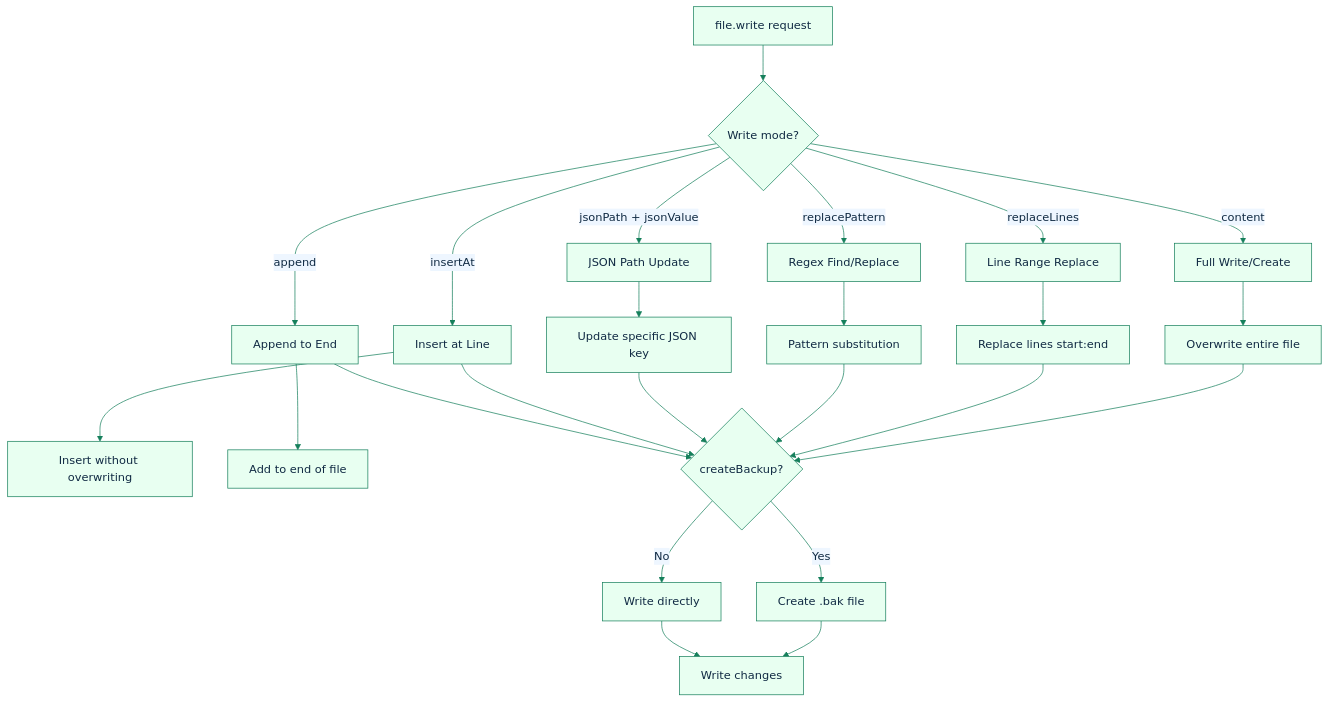
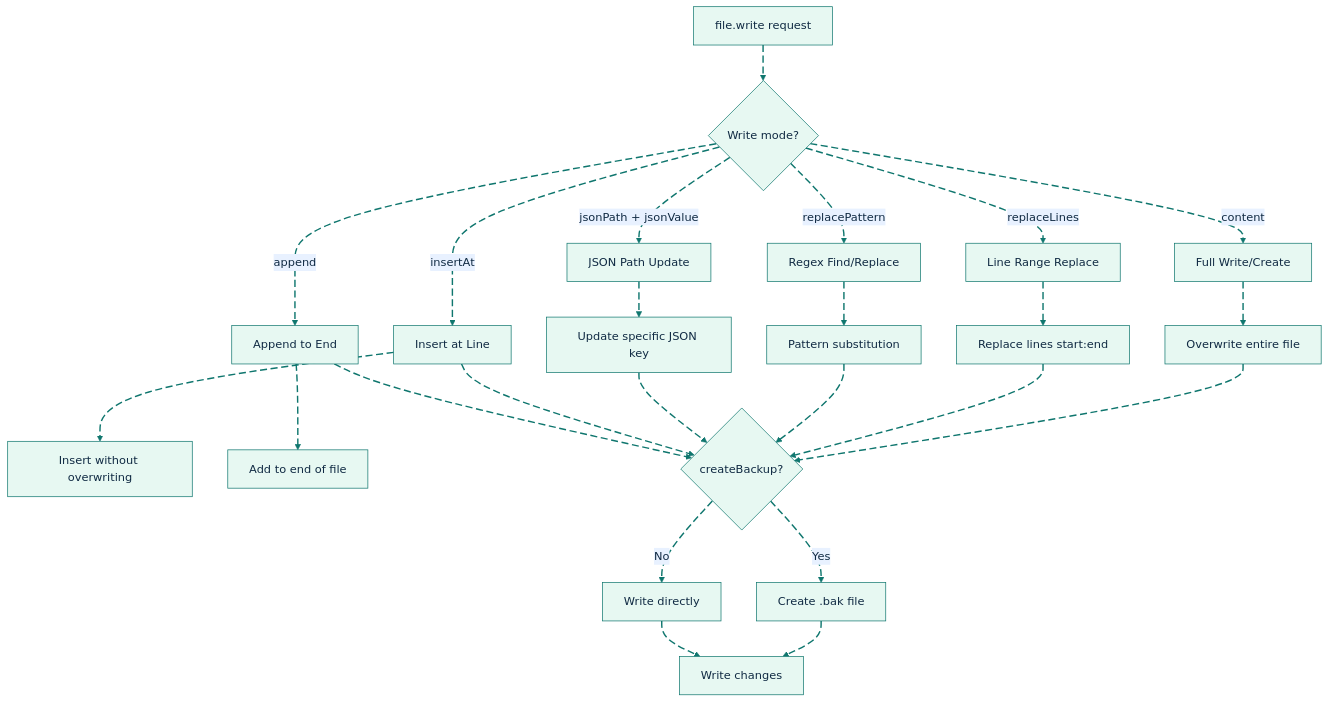
Before and after one commit to GlitterKill/sdl-mcp: the first of 8 diagrams in docs/file-write-tool.md, drawn with Mermaid. The commit also changed other lines of this file and 33 other files, not shown here.

First line of the commit message:
docs: update mermaid diagram themes and styling across documentation

````diff
--- a/docs/file-write-tool.md
+++ b/docs/file-write-tool.md
@@ -24,31 +24,40 @@
 ```mermaid
-%%{init: {"theme":"base","themeVariables":{"primaryColor":"#e8fff1","primaryBorderColor":"#157f5b","primaryTextColor":"#102a43","secondaryColor":"#eef6ff","secondaryBorderColor":"#2563eb","tertiaryColor":"#fff4d6","tertiaryBorderColor":"#b45309","lineColor":"#157f5b","fontFamily":"Trebuchet MS, Arial"},"flowchart":{"curve":"basis"}}}%%
+%%{init: {"theme":"base","themeVariables":{"background":"#ffffff","primaryColor":"#E7F8F2","primaryBorderColor":"#0F766E","primaryTextColor":"#102A43","secondaryColor":"#E8F1FF","secondaryBorderColor":"#2563EB","secondaryTextColor":"#102A43","tertiaryColor":"#FFF4D6","tertiaryBorderColor":"#B45309","tertiaryTextColor":"#102A43","lineColor":"#0F766E","textColor":"#102A43","fontFamily":"Inter, ui-sans-serif, system-ui, -apple-system, BlinkMacSystemFont, Segoe UI, sans-serif"},"flowchart":{"curve":"basis","htmlLabels":true}}}%%
 flowchart TD
-    A[file.write request] --> B{Write mode?}
+    A[file.write request] e1@--> B{Write mode?}
 
-    B -->|content| C[Full Write/Create]
-    B -->|replaceLines| D[Line Range Replace]
-    B -->|replacePattern| E[Regex Find/Replace]
-    B -->|jsonPath + jsonValue| F[JSON Path Update]
-    B -->|insertAt| G[Insert at Line]
-    B -->|append| H[Append to End]
+    B e2@-->|content| C[Full Write/Create]
+    B e3@-->|replaceLines| D[Line Range Replace]
+    B e4@-->|replacePattern| E[Regex Find/Replace]
+    B e5@-->|jsonPath + jsonValue| F[JSON Path Update]
+    B e6@-->|insertAt| G[Insert at Line]
+    B e7@-->|append| H[Append to End]
 
-    C --> I[Overwrite entire file]
-    D --> J[Replace lines start:end]
-    E --> K[Pattern substitution]
-    F --> L[Update specific JSON key]
-    G --> M[Insert without overwriting]
-    H --> N[Add to end of file]
+    C e8@--> I[Overwrite entire file]
+    D e9@--> J[Replace lines start:end]
+    E e10@--> K[Pattern substitution]
+    F e11@--> L[Update specific JSON key]
+    G e12@--> M[Insert without overwriting]
+    H e13@--> N[Add to end of file]
 
-    I --> O{createBackup?}
-    J --> O
-    K --> O
-    L --> O
-    G --> O
-    H --> O
+    I e14@--> O{createBackup?}
+    J e15@--> O
+    K e16@--> O
+    L e17@--> O
+    G e18@--> O
+    H e19@--> O
 
-    O -->|Yes| P[Create .bak file]
-    O -->|No| Q[Write directly]
-    P --> R[Write changes]
-    Q --> R
+    O e20@-->|Yes| P[Create .bak file]
+    O e21@-->|No| Q[Write directly]
+    P e22@--> R[Write changes]
+    Q e23@--> R
+
+    classDef source fill:#E7F8F2,stroke:#0F766E,stroke-width:2px,color:#102A43;
+    classDef process fill:#E8F1FF,stroke:#2563EB,stroke-width:2px,color:#102A43;
+    classDef decision fill:#FFF4D6,stroke:#B45309,stroke-width:2px,color:#102A43;
+    classDef storage fill:#F2E8FF,stroke:#7C3AED,stroke-width:2px,color:#102A43;
+    classDef output fill:#FFE8EF,stroke:#BE123C,stroke-width:2px,color:#102A43;
+    classDef muted fill:#F8FAFC,stroke:#64748B,stroke-width:1px,color:#102A43;
+    classDef animate stroke:#0F766E,stroke-width:2px,stroke-dasharray:10\,5,stroke-dashoffset:900,animation:dash 22s linear infinite;
+    class e1,e2,e3,e4,e5,e6,e7,e8,e9,e10,e11,e12,e13,e14,e15,e16,e17,e18,e19,e20,e21,e22,e23 animate;
 ```
````
